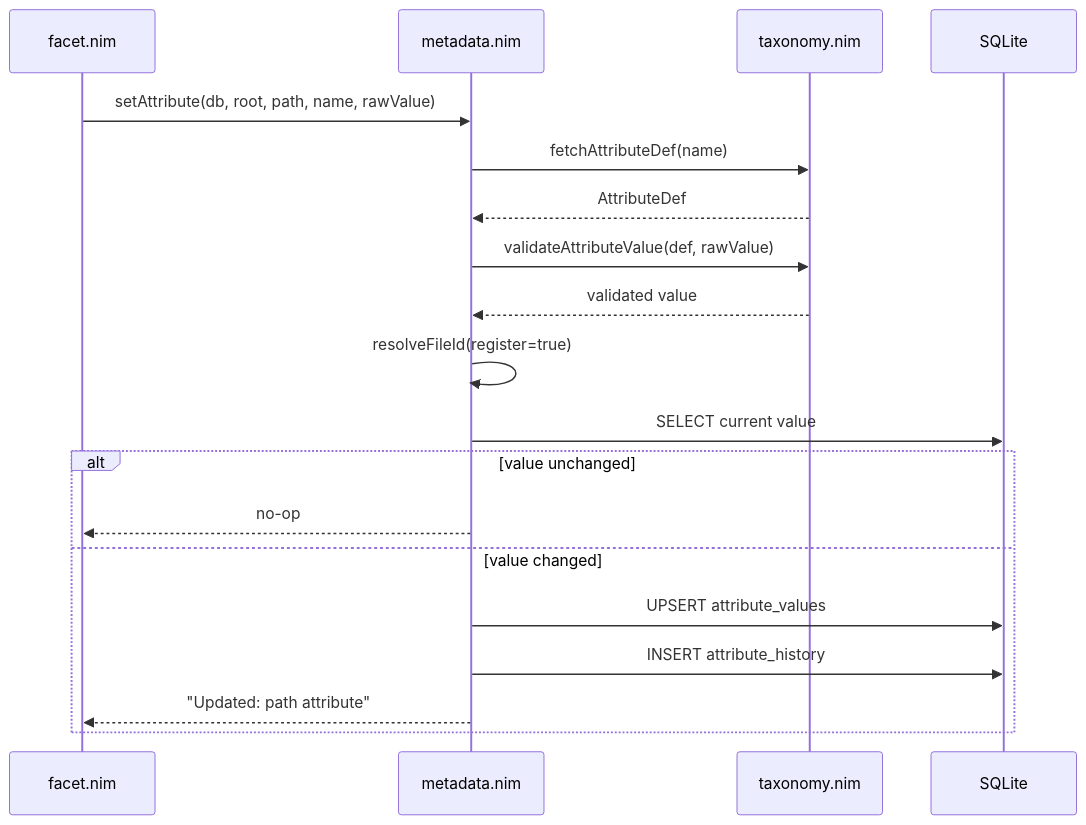
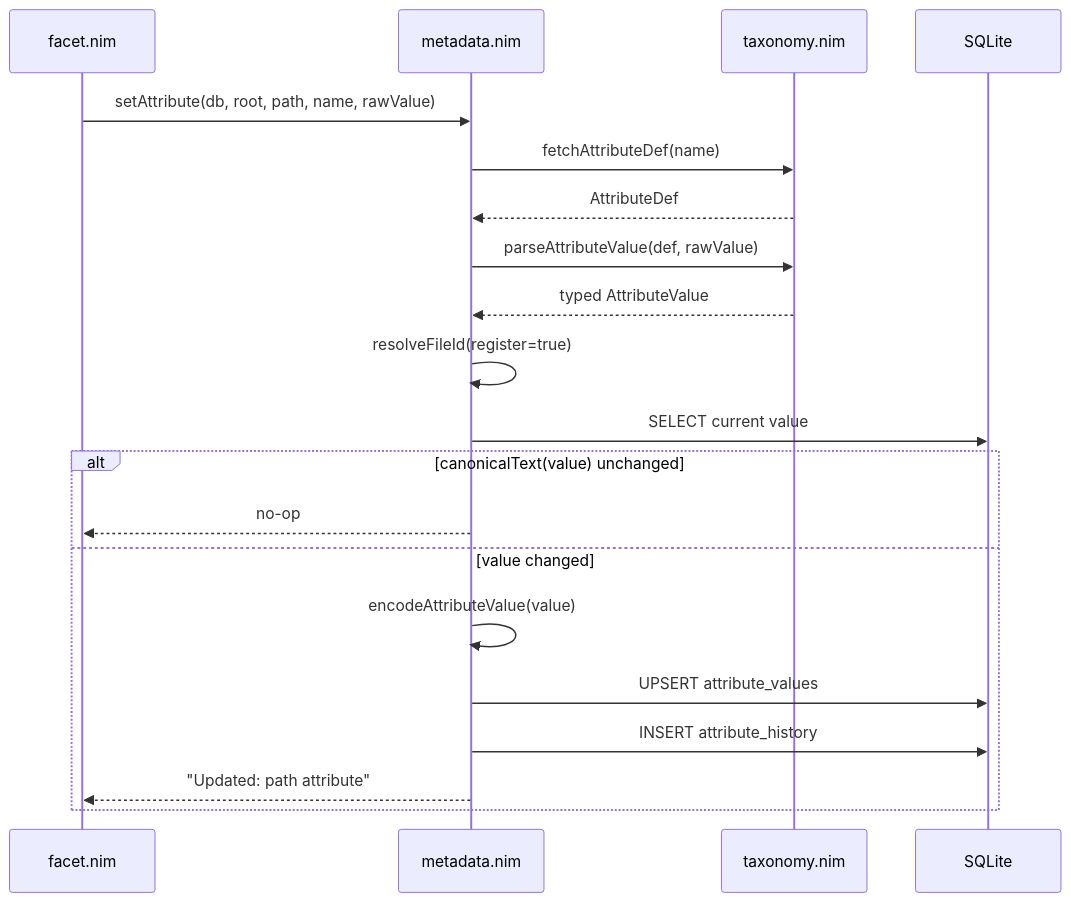
One commit to axler8r/facet changed the fourth of 4 diagrams in docs/design.md. Above: the diagram before and after it, drawn with Mermaid. The commit also changed other lines of this file and 11 other files, not shown here.

````diff
--- a/docs/design.md
+++ b/docs/design.md
@@ -192,22 +279,23 @@
 ```mermaid
 sequenceDiagram
     participant CLI as facet.nim
     participant Meta as metadata.nim
     participant Tax as taxonomy.nim
     participant DB as SQLite
 
     CLI->>Meta: setAttribute(db, root, path, name, rawValue)
     Meta->>Tax: fetchAttributeDef(name)
     Tax-->>Meta: AttributeDef
-    Meta->>Tax: validateAttributeValue(def, rawValue)
-    Tax-->>Meta: validated value
+    Meta->>Tax: parseAttributeValue(def, rawValue)
+    Tax-->>Meta: typed AttributeValue
     Meta->>Meta: resolveFileId(register=true)
     Meta->>DB: SELECT current value
-    alt value unchanged
+    alt canonicalText(value) unchanged
         Meta-->>CLI: no-op
     else value changed
+        Meta->>Meta: encodeAttributeValue(value)
         Meta->>DB: UPSERT attribute_values
         Meta->>DB: INSERT attribute_history
         Meta-->>CLI: "Updated: path attribute"
     end
 ```
````
